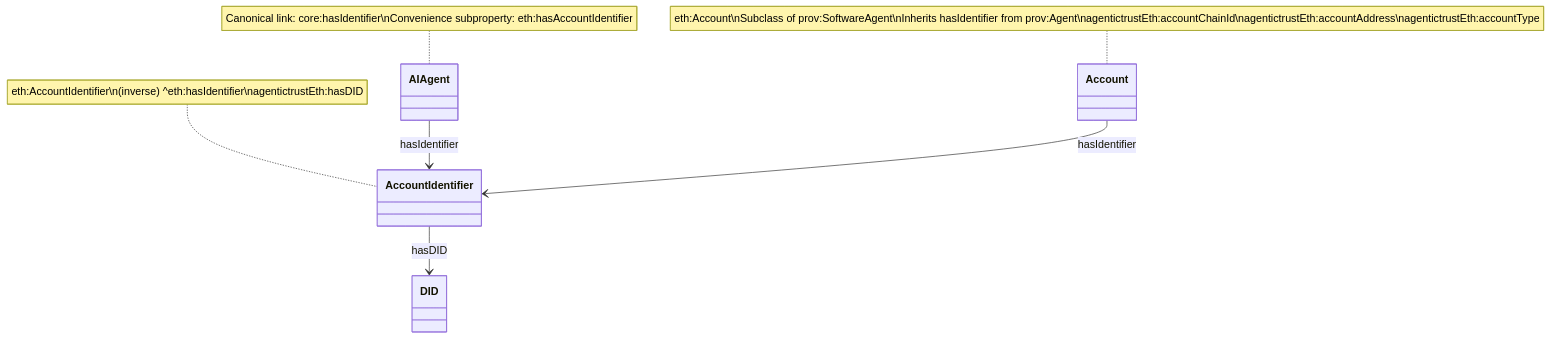
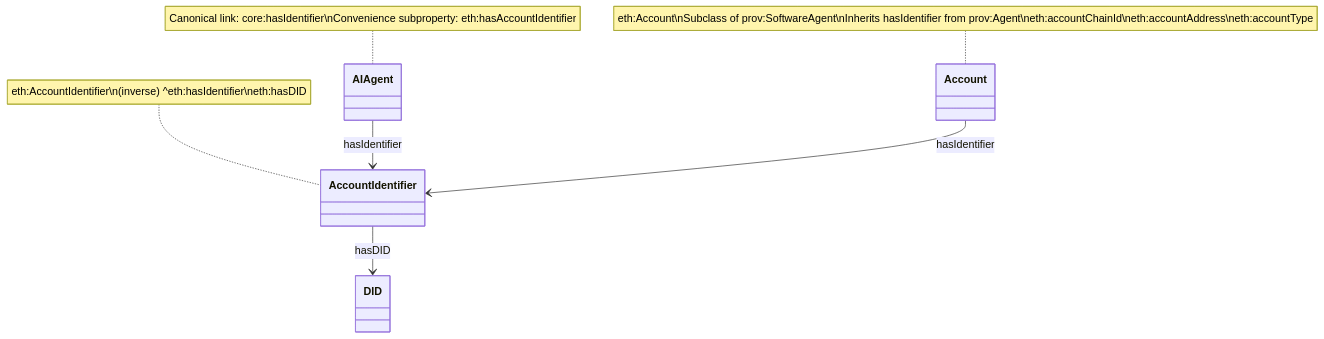
Before and after one commit to Agentic-Trust-Layer/agent-explorer: the third of 6 diagrams in docs/ontology/identifiers.md, drawn with Mermaid. The commit also changed other lines of this file and 56 other files, not shown here.

````diff
--- a/docs/ontology/identifiers.md
+++ b/docs/ontology/identifiers.md
@@ -154,15 +154,15 @@
 ```mermaid
 classDiagram
     class AIAgent
     class AccountIdentifier
     class Account
     class DID
     
     AIAgent --> AccountIdentifier : hasIdentifier
     Account --> AccountIdentifier : hasIdentifier
     AccountIdentifier --> DID : hasDID
     
     note for AIAgent "Canonical link: core:hasIdentifier\nConvenience subproperty: eth:hasAccountIdentifier"
-    note for AccountIdentifier "eth:AccountIdentifier\n(inverse) ^eth:hasIdentifier\nagentictrustEth:hasDID"
-    note for Account "eth:Account\nSubclass of prov:SoftwareAgent\nInherits hasIdentifier from prov:Agent\nagentictrustEth:accountChainId\nagentictrustEth:accountAddress\nagentictrustEth:accountType"
+    note for AccountIdentifier "eth:AccountIdentifier\n(inverse) ^eth:hasIdentifier\neth:hasDID"
+    note for Account "eth:Account\nSubclass of prov:SoftwareAgent\nInherits hasIdentifier from prov:Agent\neth:accountChainId\neth:accountAddress\neth:accountType"
 ```
````
